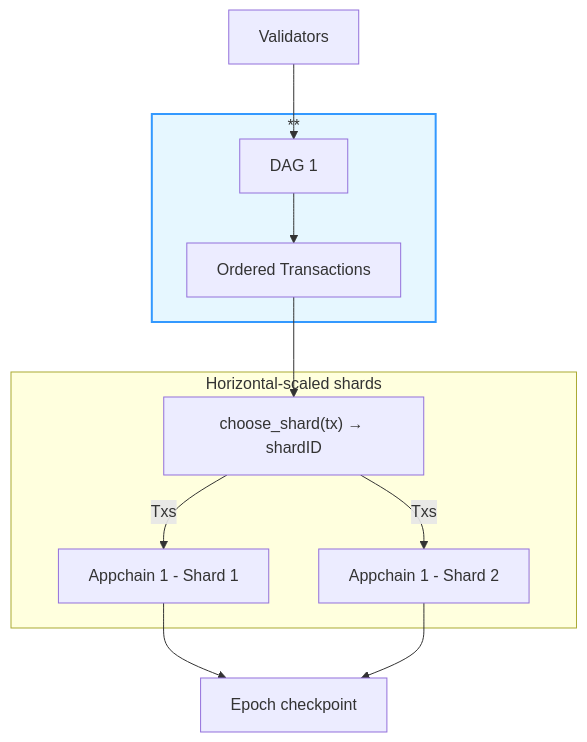
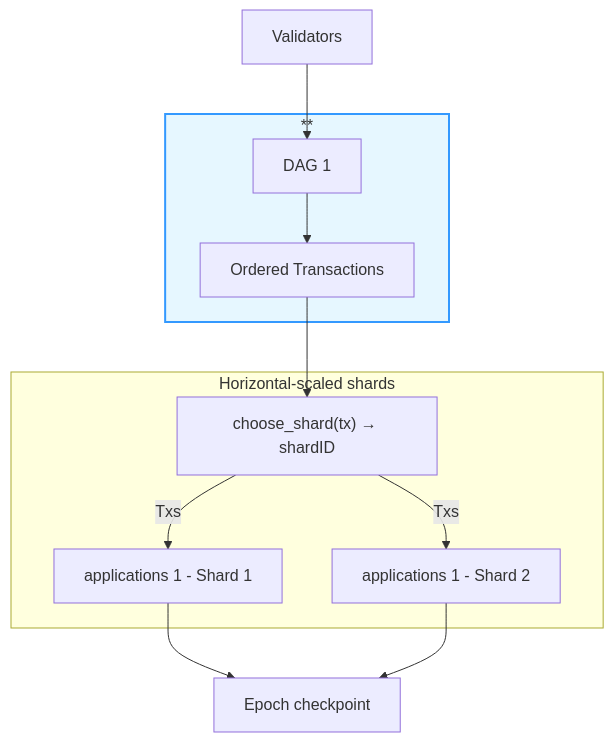
The diagram in technology/developing-applications.md (0xAtelerix/docs), drawn with Mermaid before and after one commit.

Commit message:
erace appchain-2

````diff
--- a/technology/developing-applications.md
+++ b/technology/developing-applications.md
@@ -73,37 +73,37 @@
 ```mermaid
 graph TD
     %% Define styles
     classDef horiz fill:#e6f7ff,stroke:#3399ff,stroke-width:2px;
     classDef vert fill:#fff0e6,stroke:#ff6600,stroke-width:2px;
 
     %% Multiple DAGs feeding horizontal scaling
     subgraph Horizontal_Scaling["**"]
         class Horizontal_Scaling horiz
         DAG1[DAG 1] --> OT1[Ordered Transactions]
     end
 
     %% Vertically scaling box: sharding function & shards
     subgraph horizontal_Scaling["Horizontal-scaled shards"]
         class Vertical_Scaling vert
         shardFn["choose_shard(tx) → shardID"]
-        Shard1[Appchain 1 - Shard 1]
-        Shard2[Appchain 1 - Shard 2]
+        Shard1[applications 1 - Shard 1]
+        Shard2[applications 1 - Shard 2]
         shardFn -->|Txs| Shard1
         shardFn -->|Txs| Shard2
     end
 
     %% Connect ordered txs to vertical scaling (sharding)
     OT1 --> shardFn
 
     %% Epoch checkpoint is out of vertical scaling subgraph
     Shard1 --> CP[Epoch checkpoint]
     Shard2 --> CP
 
     %% Validators connect directly to each DAG
     Validators[Validators] --> DAG1
 
     %% Apply styles
     class Horizontal_Scaling horiz
     class Vertical_Scaling vert
 
 ```
````
